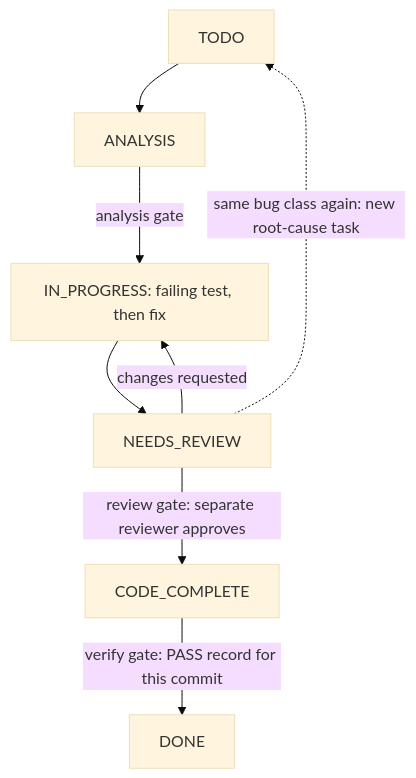
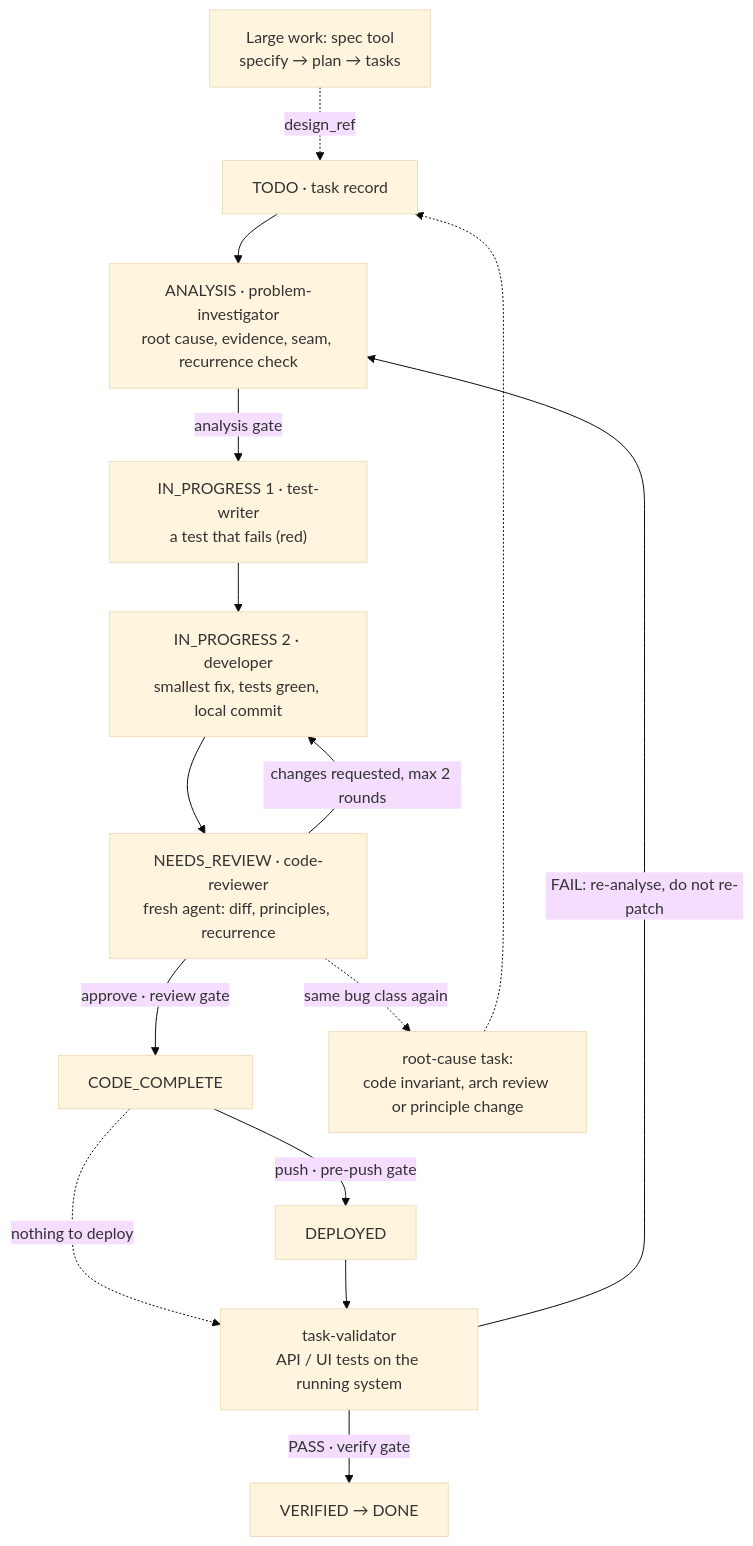
Before and after one commit to smykov/teamwright: the diagram in README.md, drawn with Mermaid (base theme). The commit also changed other lines of this file, not shown here.

Commit message:
docs: README diagram shows the full task cycle
TDD (red by test-writer, green by developer), review with the round
limit, push, deploy, verification by the task-validator, the FAIL loop
back to analysis and the recurrence exit to a root-cause task.

Claude-Session: https://claude.ai/code/session_011yqmz1nd4Ypchyt2drZ1Am

````diff
--- a/README.md
+++ b/README.md
@@ -30,10 +30,17 @@
 ```mermaid
 flowchart TD
-    T[TODO] --> A[ANALYSIS]
-    A -- "analysis gate" --> I["IN_PROGRESS: failing test, then fix"]
-    I --> R[NEEDS_REVIEW]
-    R -- "changes requested" --> I
-    R -- "review gate: separate reviewer approves" --> C[CODE_COMPLETE]
-    C -- "verify gate: PASS record for this commit" --> D[DONE]
-    R -. "same bug class again: new root-cause task" .-> T
+    SPEC["Large work: spec tool<br/>specify → plan → tasks"] -. "design_ref" .-> T
+    T["TODO · task record"] --> A["ANALYSIS · problem-investigator<br/>root cause, evidence, seam, recurrence check"]
+    A -- "analysis gate" --> RED["IN_PROGRESS 1 · test-writer<br/>a test that fails (red)"]
+    RED --> GREEN["IN_PROGRESS 2 · developer<br/>smallest fix, tests green, local commit"]
+    GREEN --> NR["NEEDS_REVIEW · code-reviewer<br/>fresh agent: diff, principles, recurrence"]
+    NR -- "changes requested, max 2 rounds" --> GREEN
+    NR -- "approve · review gate" --> CC["CODE_COMPLETE"]
+    CC -- "push · pre-push gate" --> DEP["DEPLOYED"]
+    CC -. "nothing to deploy" .-> VAL
+    DEP --> VAL["task-validator<br/>API / UI tests on the running system"]
+    VAL -- "PASS · verify gate" --> DONE["VERIFIED → DONE"]
+    VAL -- "FAIL: re-analyse, do not re-patch" --> A
+    NR -. "same bug class again" .-> RCA["root-cause task:<br/>code invariant, arch review or principle change"]
+    RCA -.-> T
 ```
````
